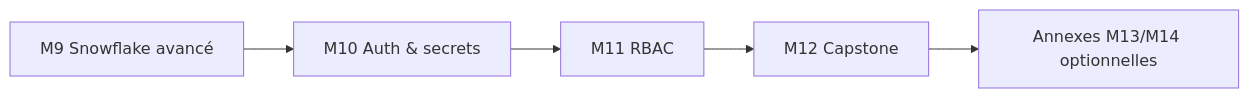
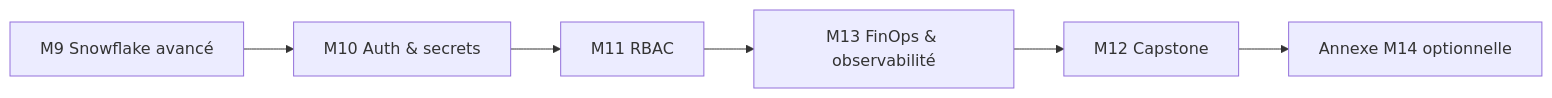
Before and after one commit to msellamiTN/data-plateform-iac: the diagram in courses/day-05/README.md, drawn with Mermaid. The commit also changed other lines of this file and 160 other files, not shown here.

Commit message:
Swap state management (M2/M3) and modules (M5/M6) between days 2 and 3, introduce Snowflake-only login mode for days 1-3, integrate FinOps into day 5 core curriculum, and update all cross-references and navigation links

````diff
--- a/courses/day-05/README.md
+++ b/courses/day-05/README.md
@@ -35,7 +38,8 @@
 ```mermaid
 flowchart LR
     M9[M9 Snowflake avancé] --> M10[M10 Auth & secrets]
     M10 --> M11[M11 RBAC]
-    M11 --> M12[M12 Capstone]
-    M12 --> ANNEXES[Annexes M13/M14 optionnelles]
+    M11 --> M13[M13 FinOps & observabilité]
+    M13 --> M12[M12 Capstone]
+    M12 --> ANNEXE[Annexe M14 optionnelle]
 ```
````
